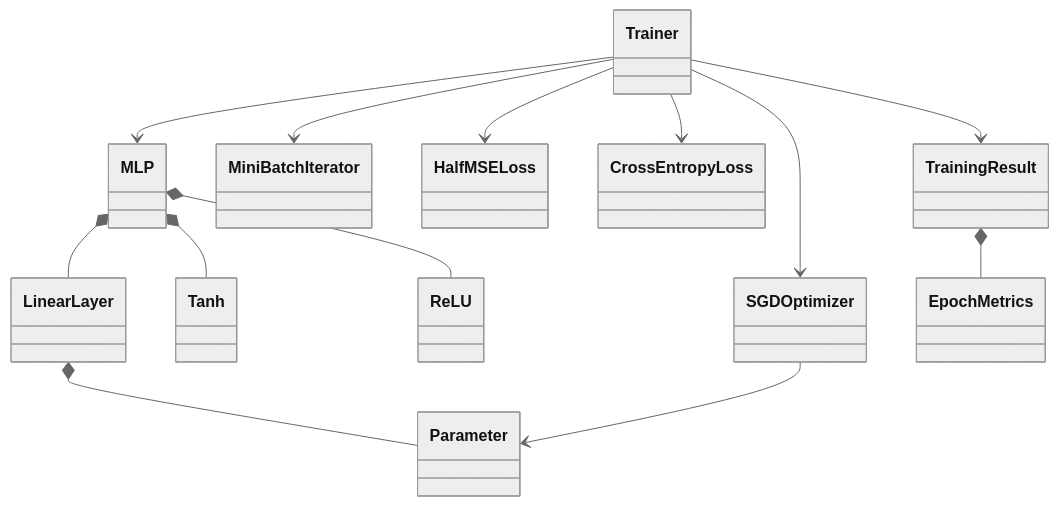
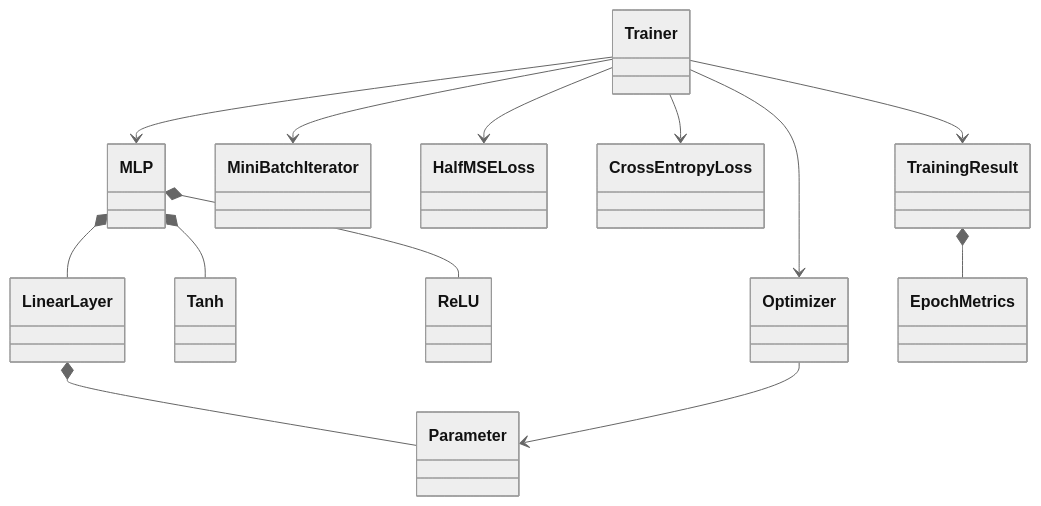
Before and after one commit to everSantiagoU/ML-Vector-Analysis: the diagram in VectorAnalysisBackend/docs/mlp_numpy.md, drawn with Mermaid (neutral theme). The commit also changed other lines of this file and 15 other files, not shown here.

````diff
--- a/VectorAnalysisBackend/docs/mlp_numpy.md
+++ b/VectorAnalysisBackend/docs/mlp_numpy.md
@@ -25,15 +26,15 @@
 ```mermaid
 classDiagram
     MLP *-- LinearLayer
     MLP *-- Tanh
     MLP *-- ReLU
     LinearLayer *-- Parameter
-    SGDOptimizer --> Parameter
+    Optimizer --> Parameter
     Trainer --> MLP
-    Trainer --> SGDOptimizer
+    Trainer --> Optimizer
     Trainer --> MiniBatchIterator
     Trainer --> HalfMSELoss
     Trainer --> CrossEntropyLoss
     Trainer --> TrainingResult
     TrainingResult *-- EpochMetrics
 ```
````
